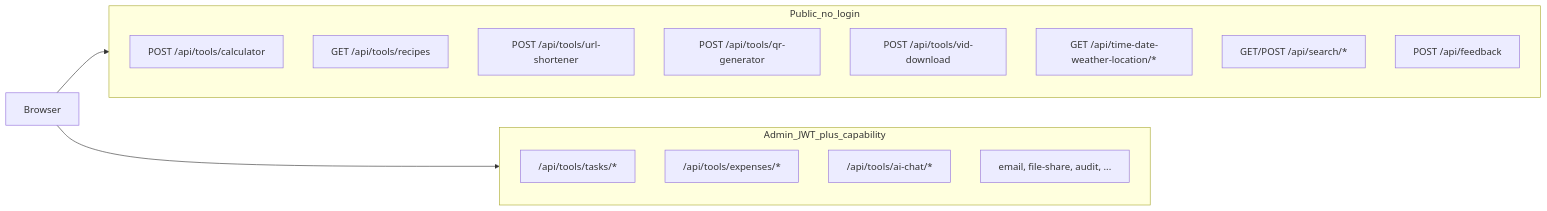
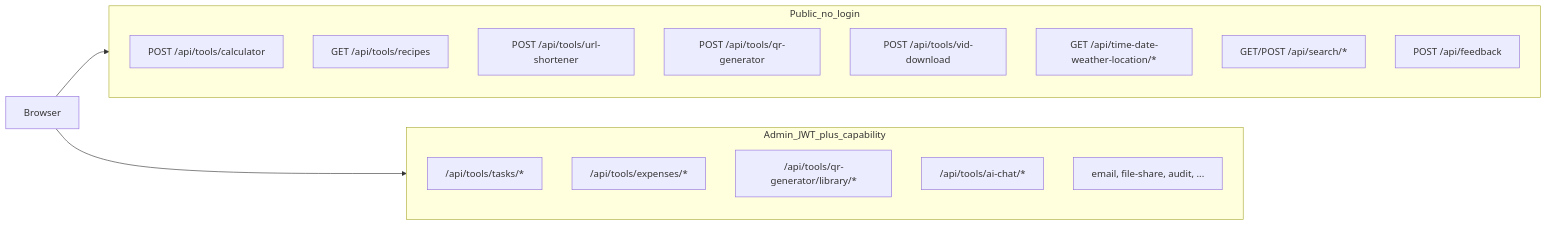
Before and after one commit to GlebLOrange/personal-glorng: the diagram in docs/reference/api-tools.md, drawn with Mermaid. The commit also changed other lines of this file and 13 other files, not shown here.

First line of the commit message:
fix(tools): QR library parity, simplify, and docs

````diff
--- a/docs/reference/api-tools.md
+++ b/docs/reference/api-tools.md
@@ -9,21 +9,22 @@
 ```mermaid
 flowchart LR
   subgraph public [Public_no_login]
     Calculator["POST /api/tools/calculator"]
     RecipesRead["GET /api/tools/recipes"]
     ShortCreate["POST /api/tools/url-shortener"]
     QrGen["POST /api/tools/qr-generator"]
     VidDl["POST /api/tools/vid-download"]
     Weather["GET /api/time-date-weather-location/*"]
     Search["GET/POST /api/search/*"]
     Feedback["POST /api/feedback"]
   end
   subgraph admin [Admin_JWT_plus_capability]
     Tasks["/api/tools/tasks/*"]
     Expenses["/api/tools/expenses/*"]
+    QrLib["/api/tools/qr-generator/library/*"]
     AiChat["/api/tools/ai-chat/*"]
     More["email, file-share, audit, ..."]
   end
   Browser --> public
   Browser --> admin
 ```
````
